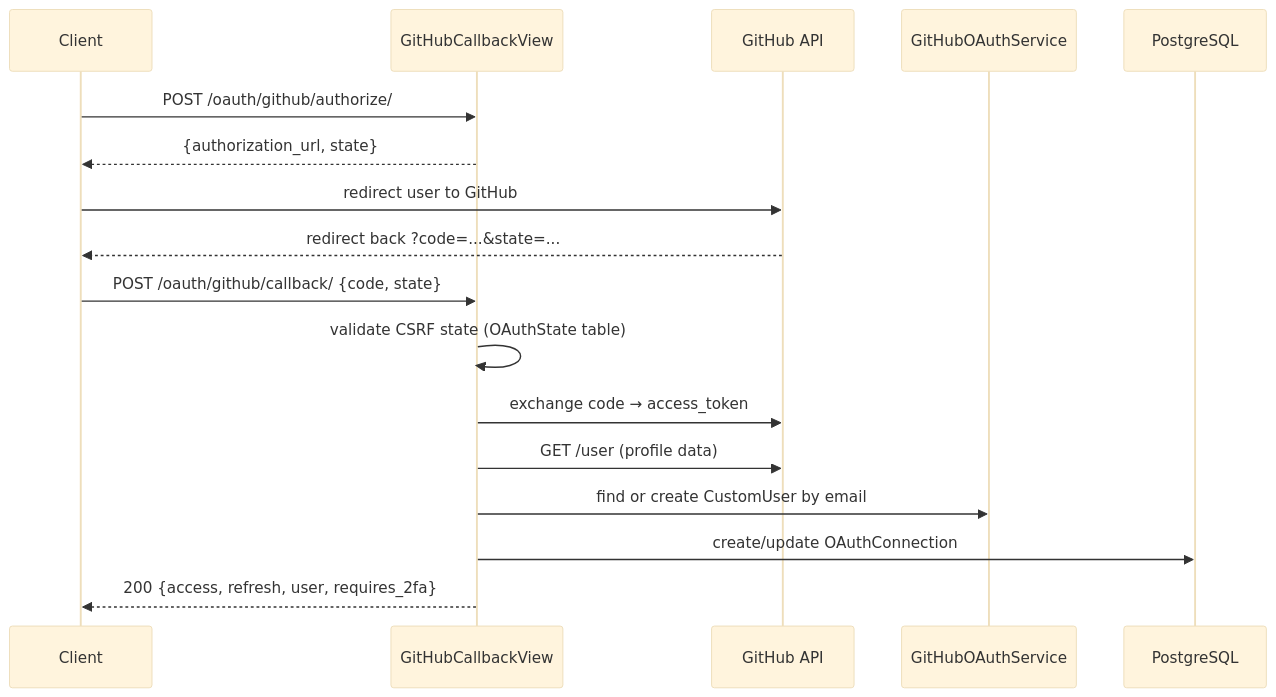
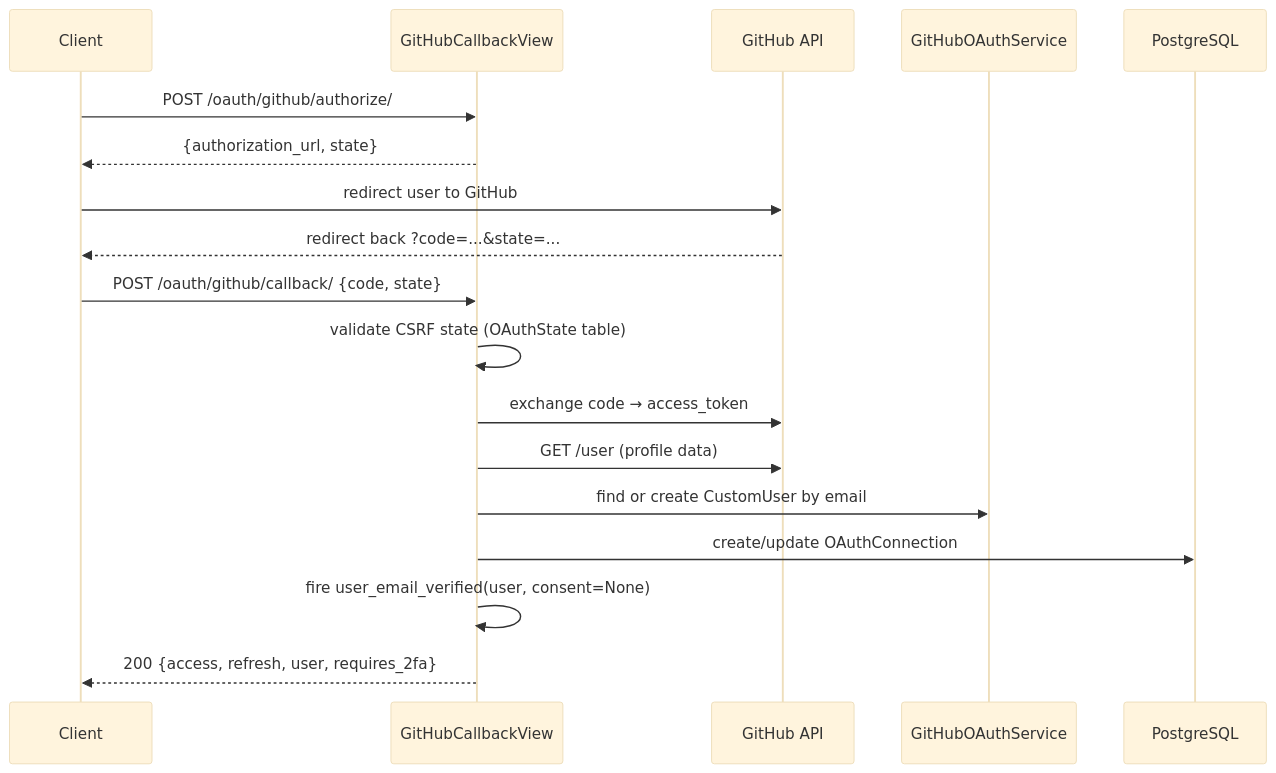
Before and after one commit to markolofsen/django-cfg: the diagram in docs/features/built-in-apps/user-management/accounts/oauth.mdx, drawn with Mermaid (base theme). The commit also changed other lines of this file and 43 other files, not shown here.

````diff
--- a/docs/features/built-in-apps/user-management/accounts/oauth.mdx
+++ b/docs/features/built-in-apps/user-management/accounts/oauth.mdx
@@ -78,22 +78,23 @@
 ```mermaid
 sequenceDiagram
     participant C as Client
     participant V as GitHubCallbackView
     participant GH as GitHub API
     participant S as GitHubOAuthService
     participant DB as PostgreSQL
 
     C->>V: POST /oauth/github/authorize/
     V-->>C: {authorization_url, state}
 
     C->>GH: redirect user to GitHub
     GH-->>C: redirect back ?code=...&state=...
 
     C->>V: POST /oauth/github/callback/ {code, state}
     V->>V: validate CSRF state (OAuthState table)
     V->>GH: exchange code → access_token
     V->>GH: GET /user (profile data)
     V->>S: find or create CustomUser by email
     V->>DB: create/update OAuthConnection
+    V->>V: fire user_email_verified(user, consent=None)
     V-->>C: 200 {access, refresh, user, requires_2fa}
 ```
````
